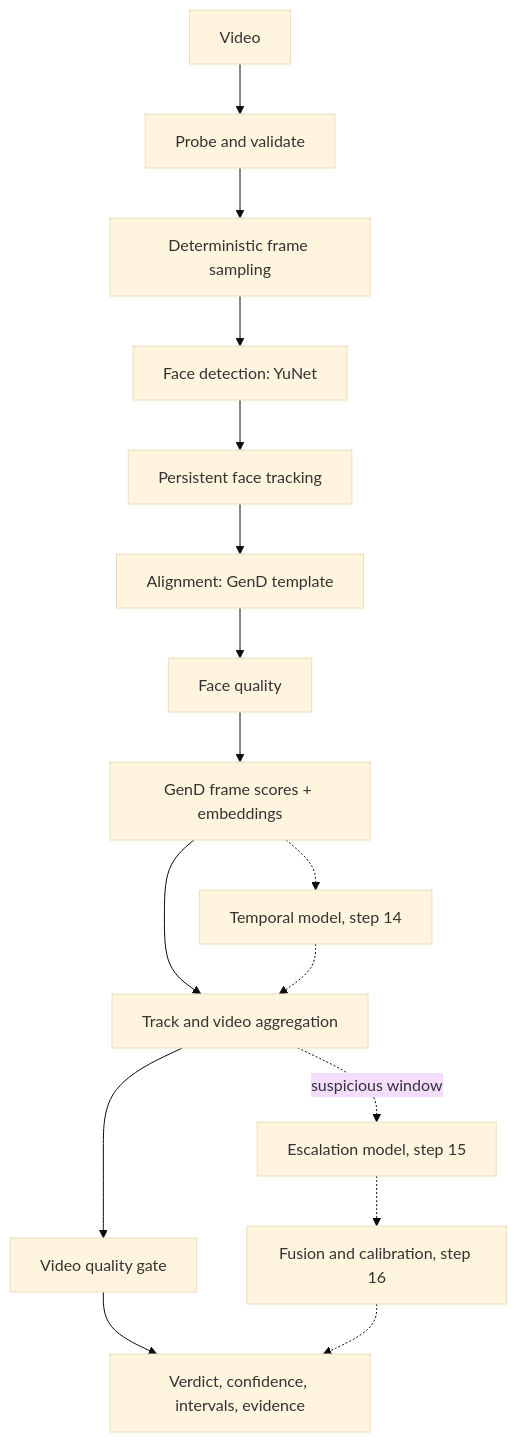
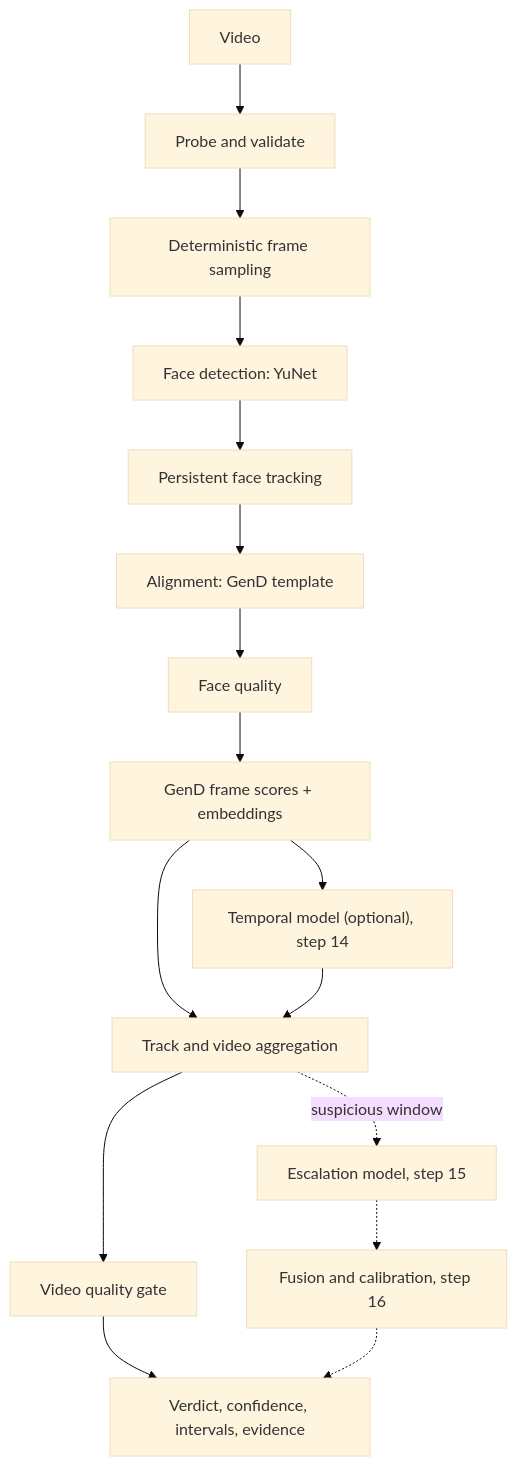
Before and after one commit to romanmihaiiulian/deepfake_detector: the diagram in docs/architecture.md, drawn with Mermaid (base theme). The commit also changed other lines of this file and 22 other files, not shown here.

First line of the commit message:
M9: temporal model over GenD embeddings (step 14)

````diff
--- a/docs/architecture.md
+++ b/docs/architecture.md
@@ -32,18 +32,18 @@
 ```mermaid
 flowchart TD
     V[Video] --> P[Probe and validate]
     P --> S[Deterministic frame sampling]
     S --> D[Face detection: YuNet]
     D --> T[Persistent face tracking]
     T --> A[Alignment: GenD template]
     A --> Q[Face quality]
     Q --> G[GenD frame scores + embeddings]
     G --> AG[Track and video aggregation]
     AG --> VQ[Video quality gate]
     VQ --> VD[Verdict, confidence, intervals, evidence]
-    G -.-> TM[Temporal model, step 14]
-    TM -.-> AG
+    G --> TM["Temporal model (optional), step 14"]
+    TM --> AG
     AG -.->|suspicious window| VL[Escalation model, step 15]
     VL -.-> CAL[Fusion and calibration, step 16]
     CAL -.-> VD
 ```
````
